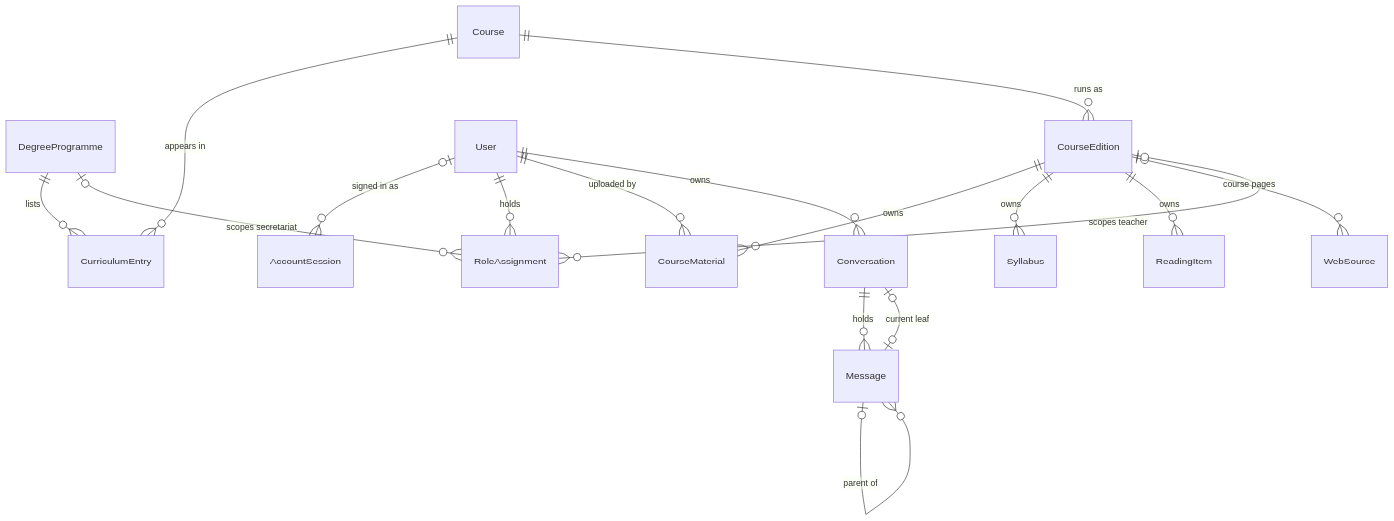
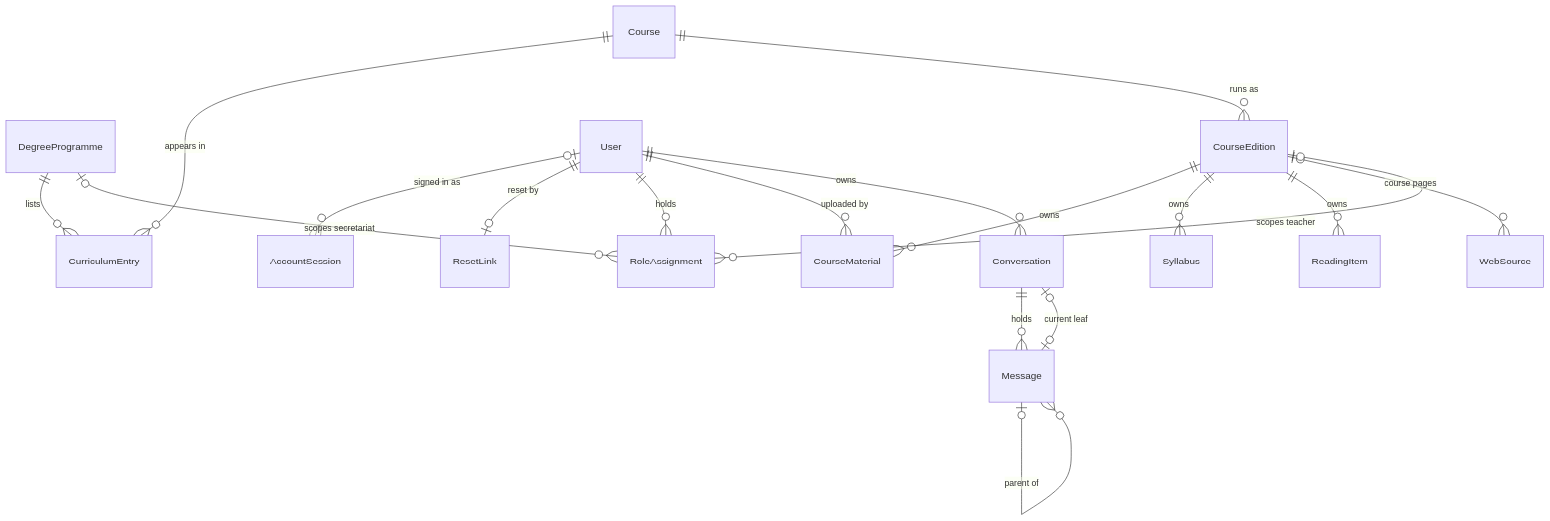
One commit to Zhengjunliang/multilingual-course-assistant changed the diagram in docs/data-model.md. Above: the diagram before and after it, drawn with Mermaid. The commit also changed other lines of this file and 23 other files, not shown here.

````diff
--- a/docs/data-model.md
+++ b/docs/data-model.md
@@ -11,19 +11,20 @@
 ```mermaid
 erDiagram
     DegreeProgramme ||--o{ CurriculumEntry : lists
     Course ||--o{ CurriculumEntry : "appears in"
     Course ||--o{ CourseEdition : "runs as"
     CourseEdition ||--o{ CourseMaterial : owns
     CourseEdition ||--o{ Syllabus : owns
     CourseEdition ||--o{ ReadingItem : owns
     CourseEdition |o--o{ WebSource : "course pages"
     User |o--o{ AccountSession : "signed in as"
+    User ||--o| ResetLink : "reset by"
     User ||--o{ RoleAssignment : holds
     DegreeProgramme |o--o{ RoleAssignment : "scopes secretariat"
     CourseEdition |o--o{ RoleAssignment : "scopes teacher"
     User ||--o{ CourseMaterial : "uploaded by"
     User ||--o{ Conversation : owns
     Conversation ||--o{ Message : holds
     Message |o--o{ Message : "parent of"
     Conversation |o--o| Message : "current leaf"
 ```
````
